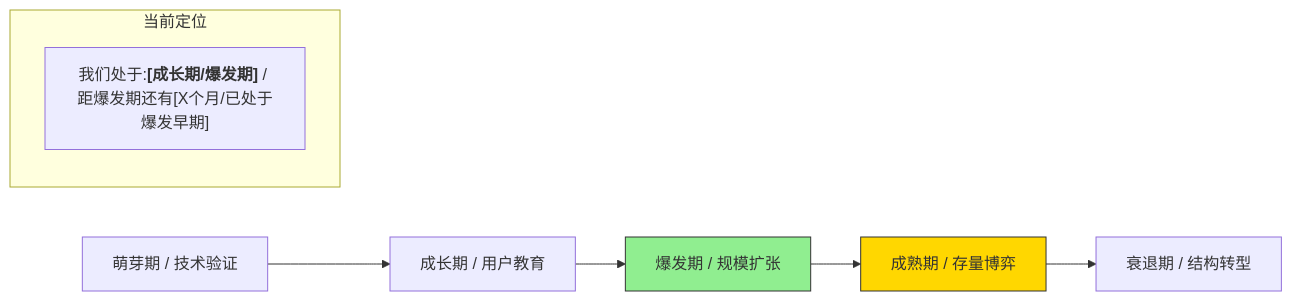
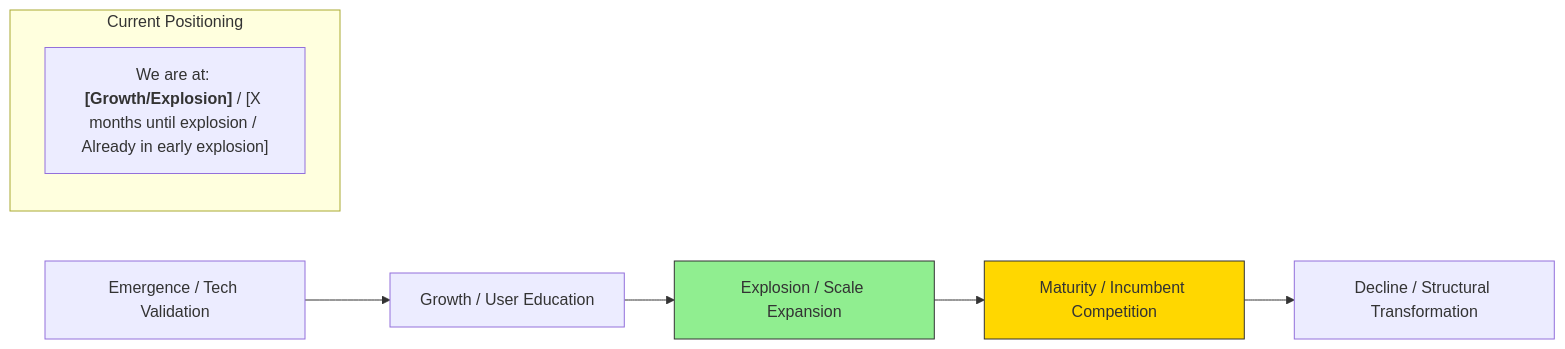
The third of 18 diagrams in templates/产品/战略层/【模板】市场需求文档.md (Kirky-X/cangjie), drawn with Mermaid before and after one commit. The commit also changed other lines of this file and 46 other files, not shown here.

````diff
--- a/templates/产品/战略层/【模板】市场需求文档.md
+++ b/templates/产品/战略层/【模板】市场需求文档.md
@@ -116,13 +116,13 @@
 ```mermaid
 graph LR
-    A[萌芽期 / 技术验证] --> B[成长期 / 用户教育]
-    B --> C[爆发期 / 规模扩张]
-    C --> D[成熟期 / 存量博弈]
-    D --> E[衰退期 / 结构转型]
+    A[Emergence / Tech Validation] --> B[Growth / User Education]
+    B --> C[Explosion / Scale Expansion]
+    C --> D[Maturity / Incumbent Competition]
+    D --> E[Decline / Structural Transformation]
     style C fill:#90EE90,stroke:#333
     style D fill:#FFD700,stroke:#333
 
-    subgraph 当前定位
-        F["我们处于:<b>[成长期/爆发期]</b> / 距爆发期还有[X个月/已处于爆发早期]"]
+    subgraph Current Positioning
+        F["We are at: <b>[Growth/Explosion]</b> / [X months until explosion / Already in early explosion]"]
     end
 ```
````
